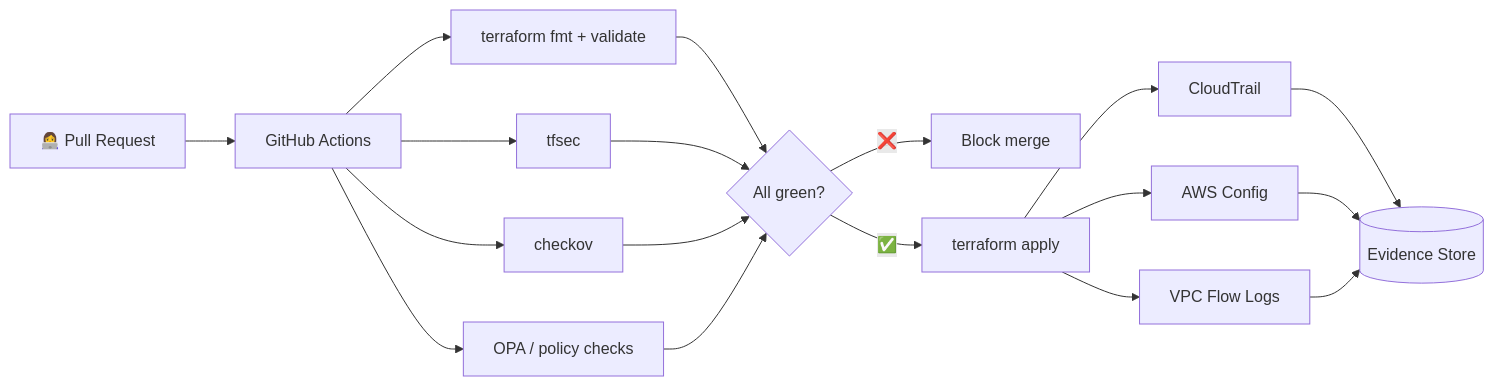
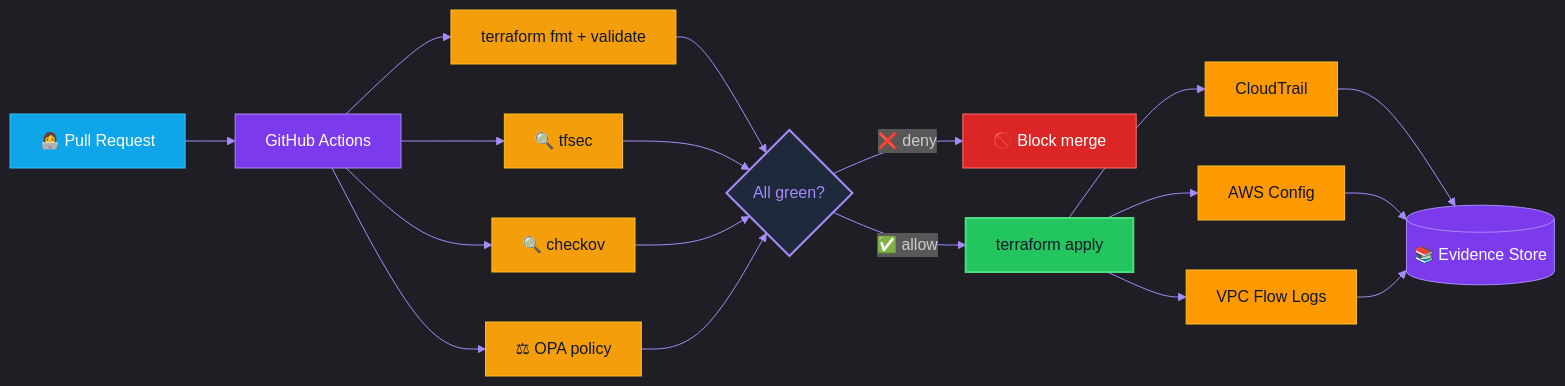
One commit to lloredia/lloredia changed the fifth of 5 diagrams in README.md. Above: the diagram before and after it, drawn with Mermaid. The commit also changed other lines of this file, not shown here.

First line of the commit message:
Add animated header, ASCII figlet, SOC dashboard, themed mermaid

````diff
--- a/README.md
+++ b/README.md
@@ -301,15 +370,24 @@
 ```mermaid
+%%{init: {'theme':'dark','themeVariables':{'primaryColor':'#1E293B','primaryTextColor':'#E2E8F0','primaryBorderColor':'#7C3AED','lineColor':'#A78BFA','fontFamily':'Fira Code'}}}%%
 flowchart LR
-    DEV[👩‍💻 Pull Request] --> GHA[GitHub Actions]
-    GHA --> FMT[terraform fmt + validate]
-    GHA --> TFSEC[tfsec]
-    GHA --> CKV[checkov]
-    GHA --> POL[OPA / policy checks]
-    FMT & TFSEC & CKV & POL --> GATE{All green?}
-    GATE -- ❌ --> BLOCK[Block merge]
-    GATE -- ✅ --> APPLY[terraform apply]
-    APPLY --> CT[CloudTrail]
-    APPLY --> CFG[AWS Config]
-    APPLY --> VPCFL[VPC Flow Logs]
-    CT & CFG & VPCFL --> EVID[(Evidence Store)]
+    DEV[👩‍💻 Pull Request]:::dev --> GHA[GitHub Actions]:::ci
+    GHA --> FMT[terraform fmt + validate]:::scan
+    GHA --> TFSEC[🔍 tfsec]:::scan
+    GHA --> CKV[🔍 checkov]:::scan
+    GHA --> POL[⚖ OPA policy]:::scan
+    FMT & TFSEC & CKV & POL --> GATE{All green?}:::gate
+    GATE -- ❌ deny --> BLOCK[🚫 Block merge]:::deny
+    GATE -- ✅ allow --> APPLY[terraform apply]:::apply
+    APPLY --> CT[CloudTrail]:::aws
+    APPLY --> CFG[AWS Config]:::aws
+    APPLY --> VPCFL[VPC Flow Logs]:::aws
+    CT & CFG & VPCFL --> EVID[(📚 Evidence Store)]:::data
+    classDef dev fill:#0EA5E9,stroke:#38BDF8,color:#fff
+    classDef ci fill:#7C3AED,stroke:#A78BFA,color:#fff
+    classDef scan fill:#F59E0B,stroke:#FBBF24,color:#0F172A
+    classDef gate fill:#1E293B,stroke:#A78BFA,color:#A78BFA,stroke-width:2px
+    classDef deny fill:#DC2626,stroke:#F87171,color:#fff
+    classDef apply fill:#22C55E,stroke:#4ADE80,color:#0F172A,stroke-width:2px
+    classDef aws fill:#FF9900,stroke:#FBBF24,color:#0F172A
+    classDef data fill:#7C3AED,stroke:#A78BFA,color:#fff
 ```
````
